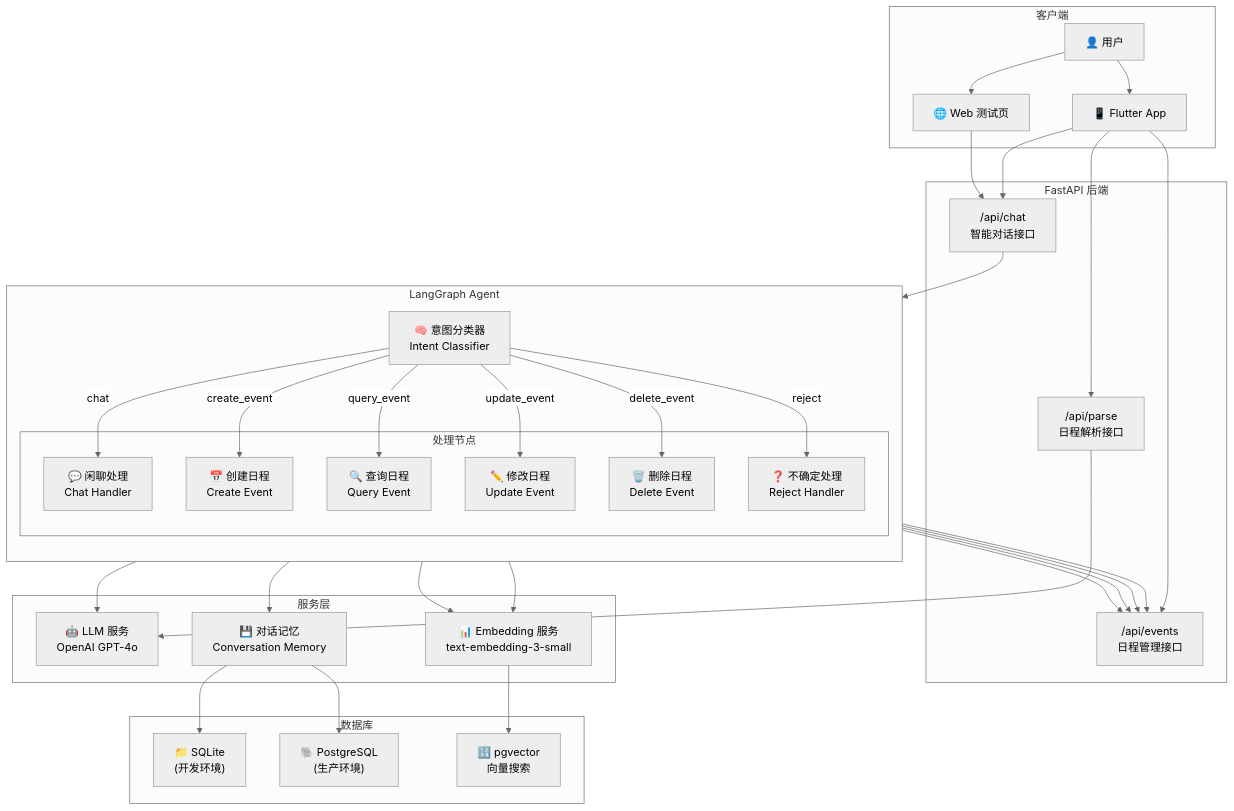
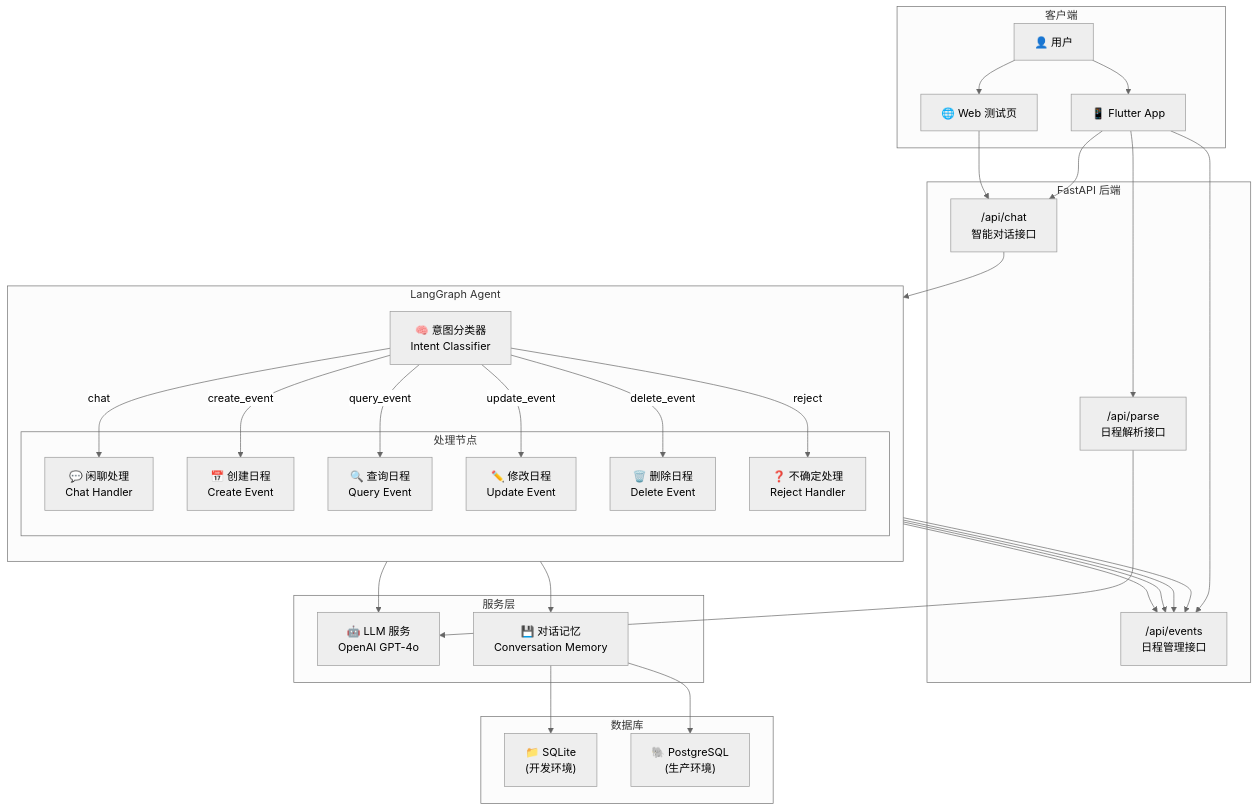
Before and after one commit to sh00tg0a1/follow_up_cx: the diagram in Backend/README.md, drawn with Mermaid (neutral theme). The commit also changed other lines of this file and 23 other files, not shown here.

````diff
--- a/Backend/README.md
+++ b/Backend/README.md
@@ -9,71 +9,66 @@
 ```mermaid
 flowchart TB
     subgraph Client["客户端"]
         User["👤 用户"]
         Flutter["📱 Flutter App"]
         WebTest["🌐 Web 测试页"]
     end
 
     subgraph API["FastAPI 后端"]
         ChatRouter["/api/chat\n智能对话接口"]
         ParseRouter["/api/parse\n日程解析接口"]
         EventsRouter["/api/events\n日程管理接口"]
     end
 
     subgraph Agent["LangGraph Agent"]
         direction TB
         IntentClassifier["🧠 意图分类器\nIntent Classifier"]
         
         subgraph Handlers["处理节点"]
             ChatHandler["💬 闲聊处理\nChat Handler"]
             CreateHandler["📅 创建日程\nCreate Event"]
             QueryHandler["🔍 查询日程\nQuery Event"]
             UpdateHandler["✏️ 修改日程\nUpdate Event"]
             DeleteHandler["🗑️ 删除日程\nDelete Event"]
             RejectHandler["❓ 不确定处理\nReject Handler"]
         end
         
         IntentClassifier -->|chat| ChatHandler
         IntentClassifier -->|create_event| CreateHandler
         IntentClassifier -->|query_event| QueryHandler
         IntentClassifier -->|update_event| UpdateHandler
         IntentClassifier -->|delete_event| DeleteHandler
         IntentClassifier -->|reject| RejectHandler
     end
 
     subgraph Services["服务层"]
         LLMService["🤖 LLM 服务\nOpenAI GPT-4o"]
-        EmbeddingService["📊 Embedding 服务\ntext-embedding-3-small"]
         Memory["💾 对话记忆\nConversation Memory"]
     end
 
     subgraph Database["数据库"]
         SQLite["📁 SQLite\n(开发环境)"]
         PostgreSQL["🐘 PostgreSQL\n(生产环境)"]
-        pgvector["🔢 pgvector\n向量搜索"]
     end
 
     User --> Flutter
     User --> WebTest
     Flutter --> ChatRouter
     WebTest --> ChatRouter
     Flutter --> ParseRouter
     Flutter --> EventsRouter
     
     ChatRouter --> Agent
     ParseRouter --> LLMService
     
     Agent --> LLMService
     Agent --> Memory
-    QueryHandler --> EmbeddingService
-    CreateHandler --> EmbeddingService
     
     Memory --> SQLite
     Memory --> PostgreSQL
-    EmbeddingService --> pgvector
     
     CreateHandler --> EventsRouter
     QueryHandler --> EventsRouter
     UpdateHandler --> EventsRouter
     DeleteHandler --> EventsRouter
 ```
````
